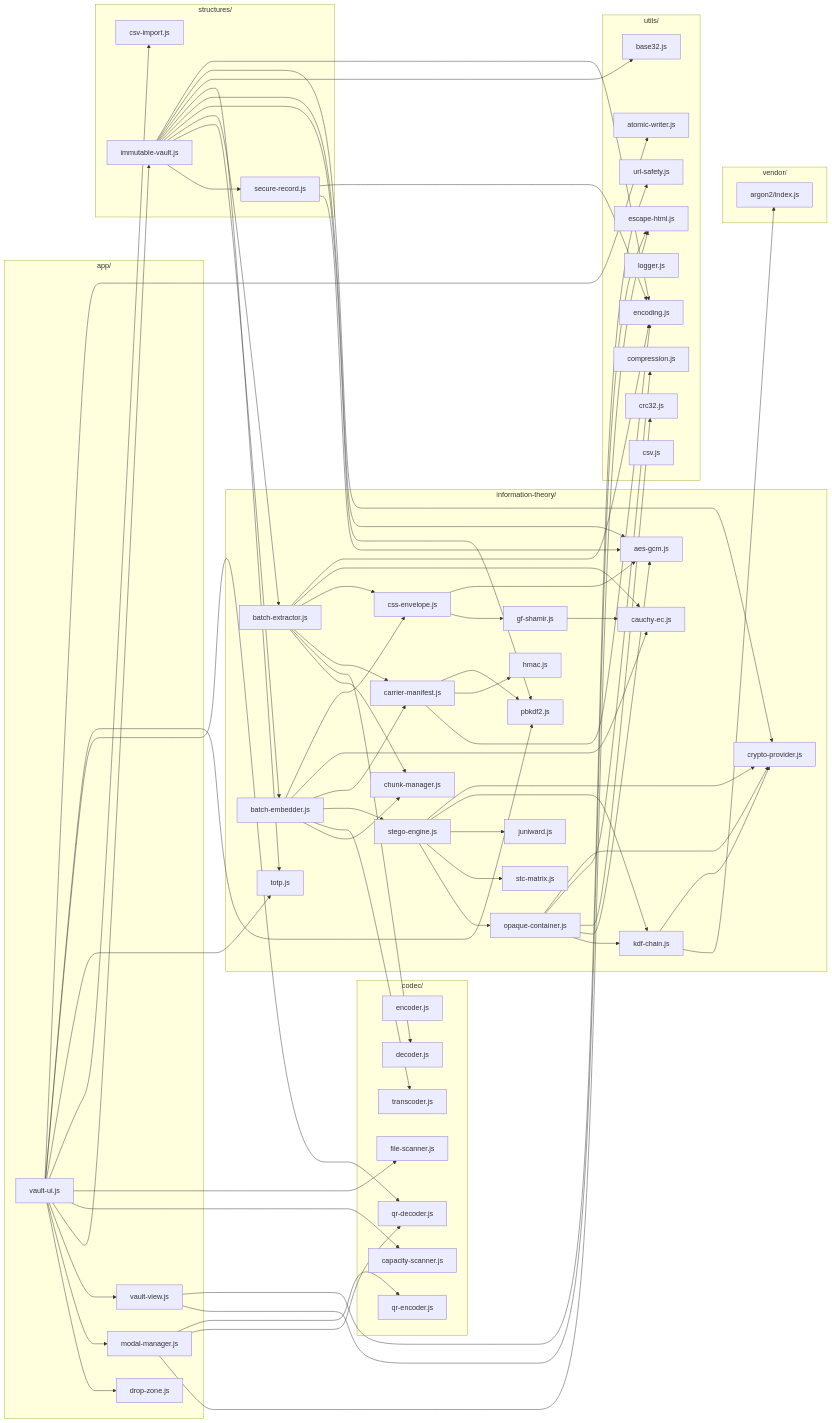
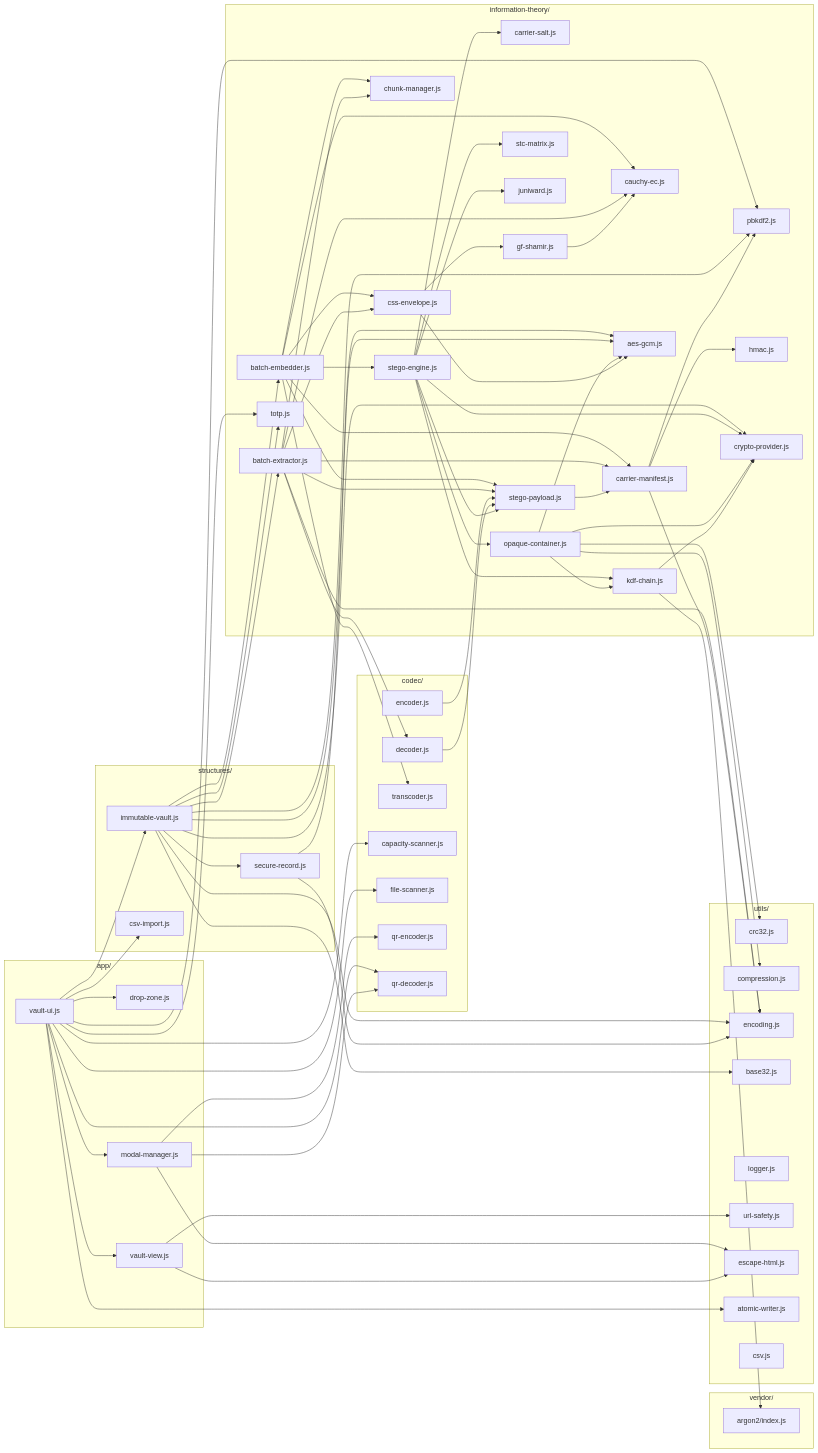
Before and after one commit to jessebeard/Ollie: the second of 5 diagrams in src/specs/WIREFRAME.md, drawn with Mermaid. The commit also changed other lines of this file and 37 other files, not shown here.

First line of the commit message:
feat(v4.1): implement trap-immune carrierSalt, binary slice stego-payload, positional array manifests, and directional J-UNIWARD

```diff
--- a/src/specs/WIREFRAME.md
+++ b/src/specs/WIREFRAME.md
@@ -195,6 +195,8 @@
 
     subgraph IT_LAYER["information-theory/"]
         stego["stego-engine.js"]
+        csalt["carrier-salt.js"]
+        spayload["stego-payload.js"]
         opaque["opaque-container.js"]
         stc["stc-matrix.js"]
         juniward["juniward.js"]
@@ -262,17 +264,25 @@
     bem --> cm
     bem --> trans
     bem --> stego
+    bem --> spayload
     bem --> cman
     bem --> cauchy
     bem --> env
     bex --> cm
     bex --> dec
+    bex --> spayload
     bex --> cman
     bex --> env
     bex --> cauchy
     bex --> encod
     cman --> encod
 
+    enc --> spayload
+    dec --> spayload
+    spayload --> cman
+
+    stego --> csalt
+    stego --> spayload
     stego --> opaque
     stego --> stc
     stego --> juniward
```
